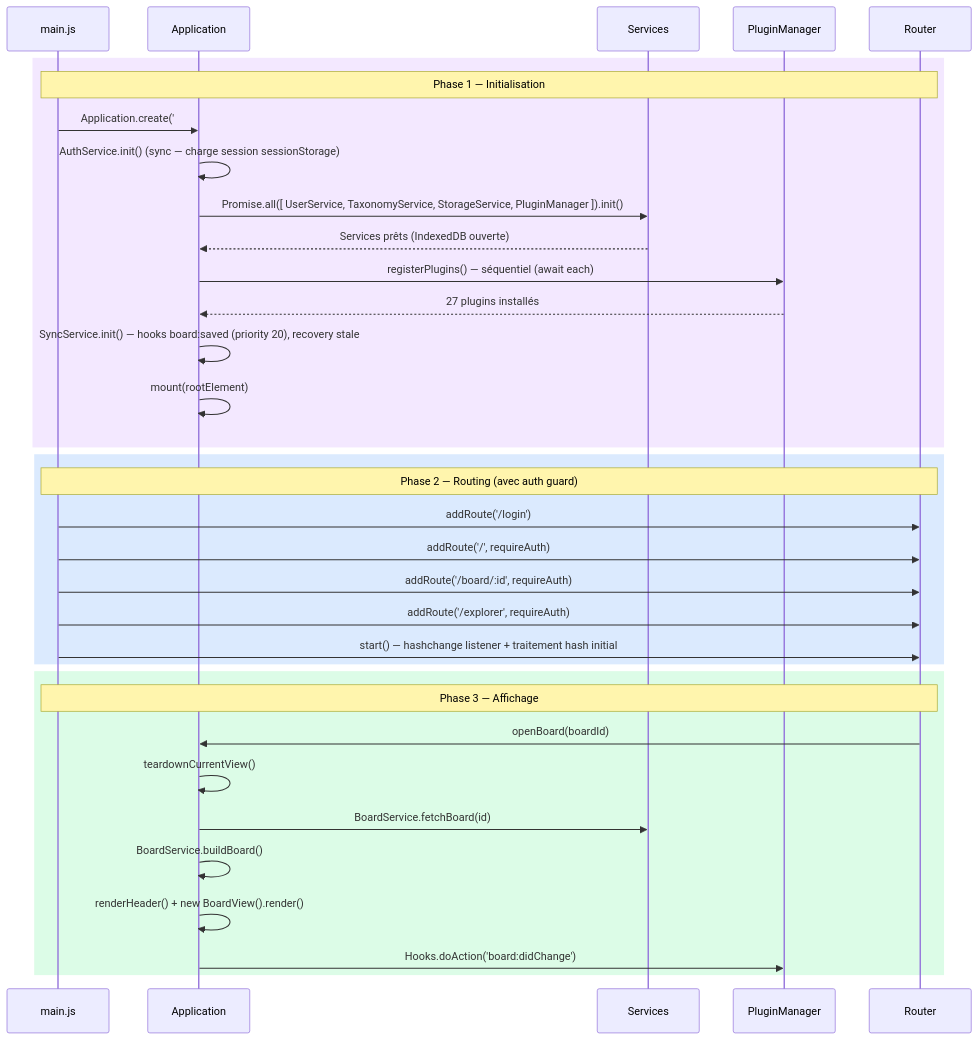
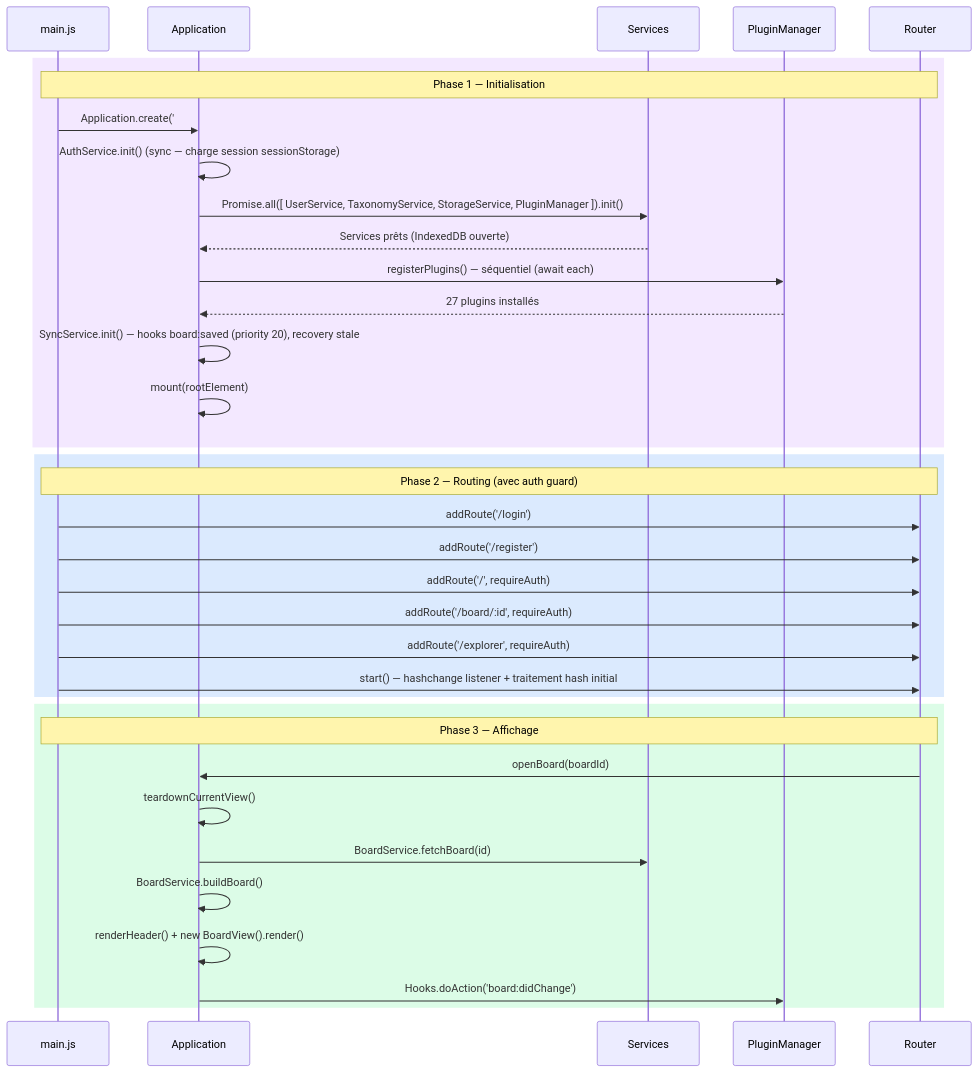
The second of 4 diagrams in frontend/docs/ARCHITECTURE.md (deljdlx/kanban), drawn with Mermaid before and after one commit. The commit also changed other lines of this file and 51 other files, not shown here.

````diff
--- a/frontend/docs/ARCHITECTURE.md
+++ b/frontend/docs/ARCHITECTURE.md
@@ -115,40 +118,41 @@
 ```mermaid
 %%{init: {'theme': 'default'}}%%
 sequenceDiagram
     participant M as main.js
     participant A as Application
     participant S as Services
     participant P as PluginManager
     participant R as Router
 
     rect rgb(243, 232, 255)
     Note over M,R: Phase 1 — Initialisation
     M->>A: Application.create('#app')
     A->>A: AuthService.init() (sync — charge session sessionStorage)
     A->>S: Promise.all([ UserService, TaxonomyService, StorageService, PluginManager ]).init()
     S-->>A: Services prêts (IndexedDB ouverte)
     A->>P: registerPlugins() — séquentiel (await each)
     P-->>A: 27 plugins installés
     A->>A: SyncService.init() — hooks board:saved (priority 20), recovery stale
     A->>A: mount(rootElement)
     end
 
     rect rgb(219, 234, 254)
     Note over M,R: Phase 2 — Routing (avec auth guard)
     M->>R: addRoute('/login')
+    M->>R: addRoute('/register')
     M->>R: addRoute('/', requireAuth)
     M->>R: addRoute('/board/:id', requireAuth)
     M->>R: addRoute('/explorer', requireAuth)
     M->>R: start() — hashchange listener + traitement hash initial
     end
 
     rect rgb(220, 252, 231)
     Note over M,R: Phase 3 — Affichage
     R->>A: openBoard(boardId)
     A->>A: teardownCurrentView()
     A->>S: BoardService.fetchBoard(id)
     A->>A: BoardService.buildBoard()
     A->>A: renderHeader() + new BoardView().render()
     A->>P: Hooks.doAction('board:didChange')
     end
 ```
````
